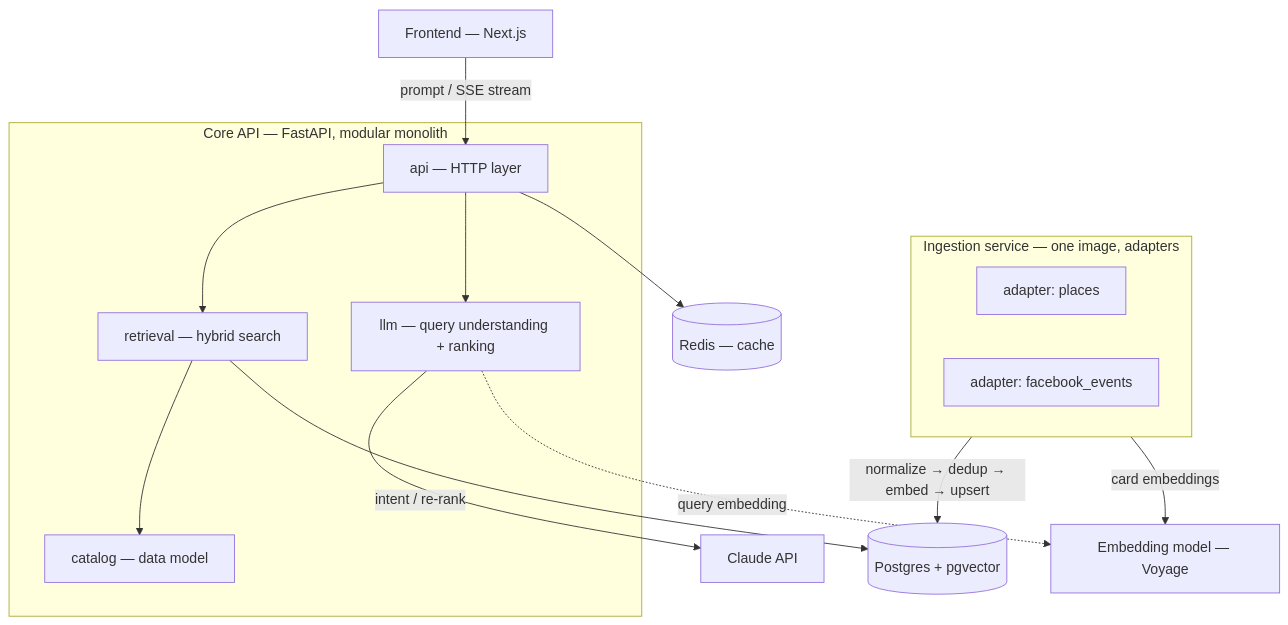
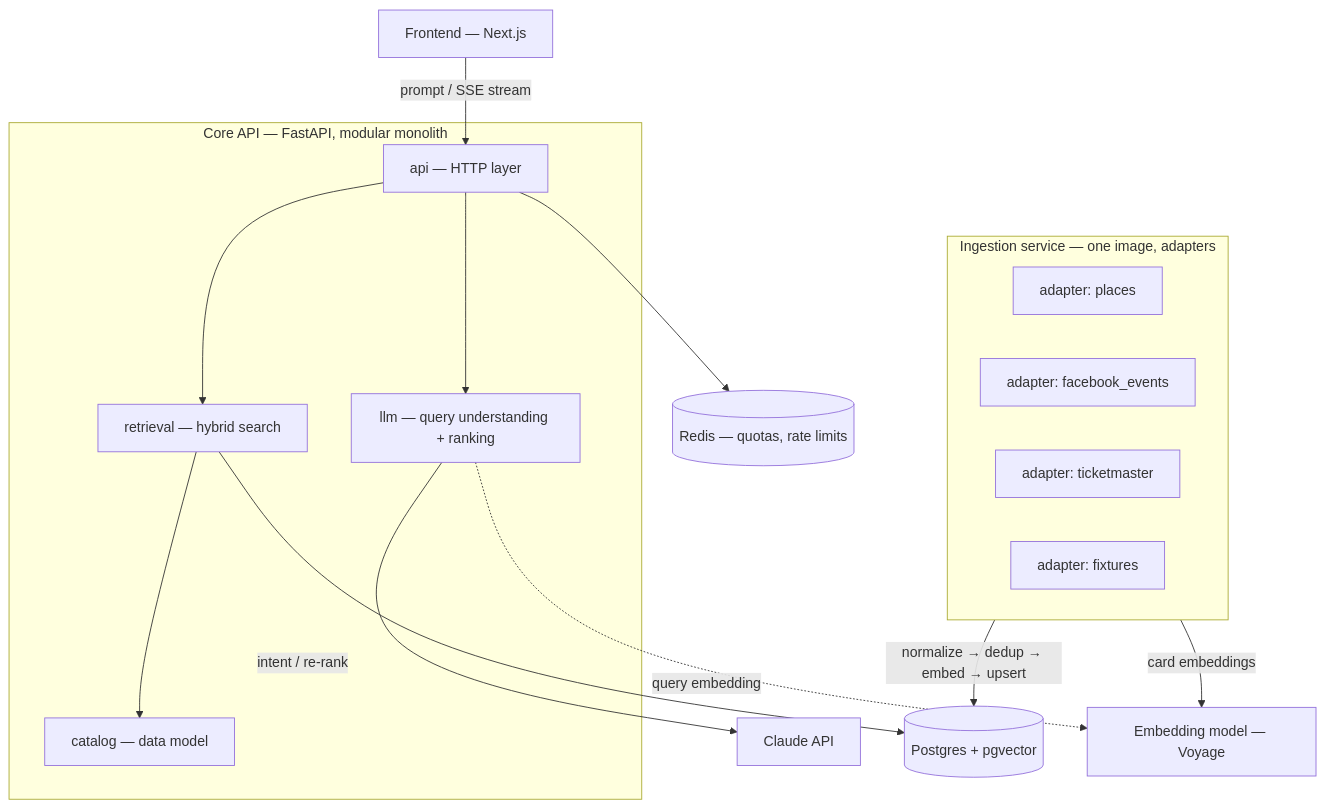
One commit to sshevchenkoo/warsaww changed the diagram in docs/architecture.md. Above: the diagram before and after it, drawn with Mermaid. The commit also changed other lines of this file and 15 other files, not shown here.

````diff
--- a/docs/architecture.md
+++ b/docs/architecture.md
@@ -18,19 +18,21 @@
 ```mermaid
 flowchart TD
     FE["Frontend — Next.js"] -->|"prompt / SSE stream"| API
     subgraph CORE["Core API — FastAPI, modular monolith"]
         API["api — HTTP layer"] --> QU["llm — query understanding + ranking"]
         API --> RET["retrieval — hybrid search"]
         RET --> CAT["catalog — data model"]
     end
     QU -->|"intent / re-rank"| CLAUDE["Claude API"]
     RET --> PG[("Postgres + pgvector")]
-    API --> REDIS[("Redis — cache")]
+    API --> REDIS[("Redis — quotas, rate limits")]
     subgraph ING["Ingestion service — one image, adapters"]
         A1["adapter: places"]
         A2["adapter: facebook_events"]
+        A3["adapter: ticketmaster"]
+        A4["adapter: fixtures"]
     end
     ING -->|"normalize → dedup → embed → upsert"| PG
     ING -->|"card embeddings"| EMB["Embedding model — Voyage"]
     QU -.->|"query embedding"| EMB
 ```
````
